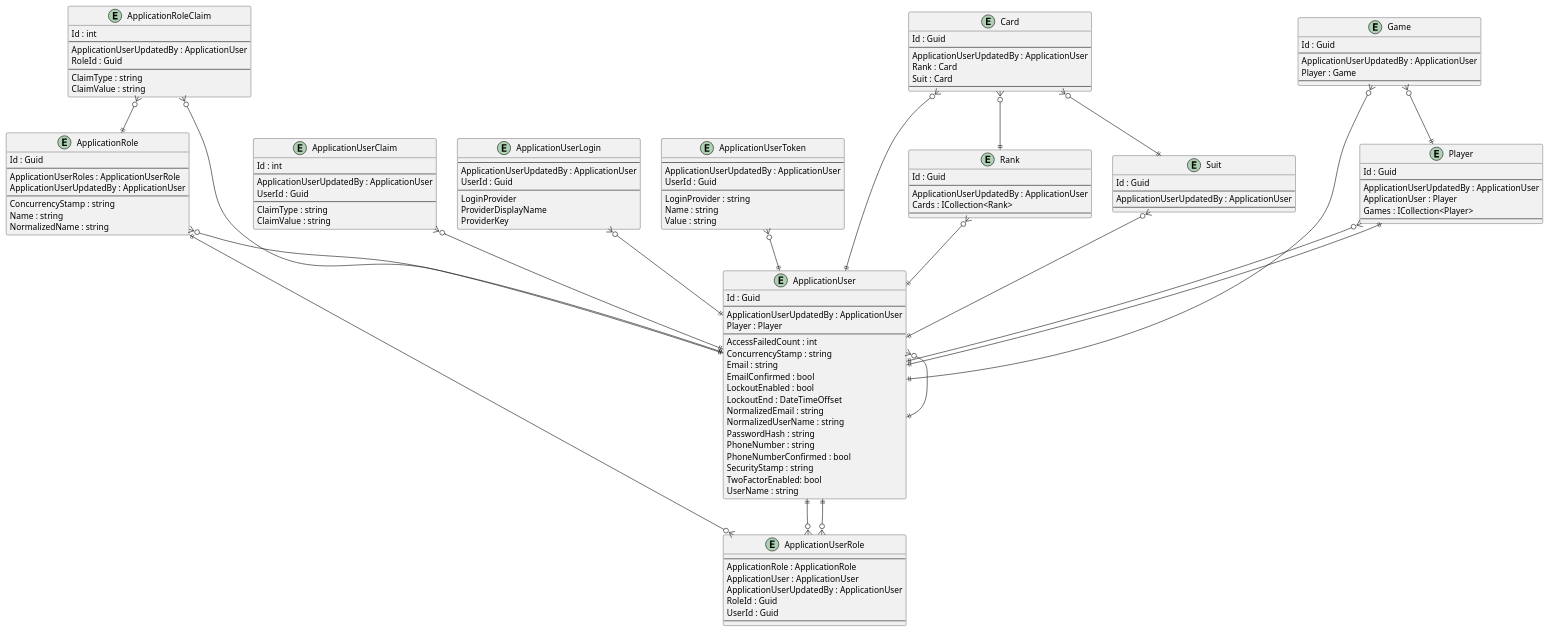
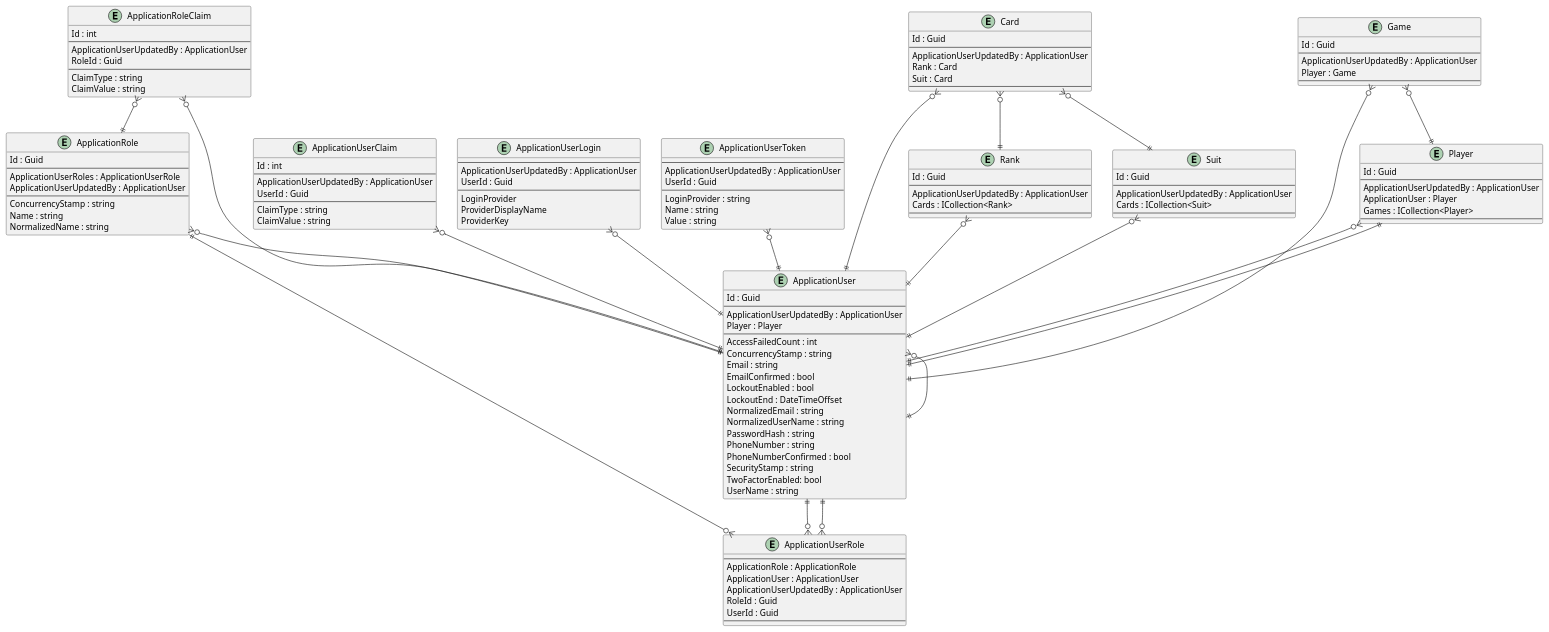
One commit to intrepion/intrepion_klondike-solitaire_csharp changed the diagram in .docs/Intrepion.KlondikeSolitaire.pu. Above: the diagram before and after it, drawn with PlantUML.

Commit message:
gawk -i inplace "{ gsub(/' SuitKeyCodePlaceholder/, \"Cards : ICollection<Suit>\n\ \ \ \ ' SuitKeyCodePlaceholder\") }; { print }" .docs/Intrepion.KlondikeSolitaire.pu

```diff
--- a/.docs/Intrepion.KlondikeSolitaire.pu
+++ b/.docs/Intrepion.KlondikeSolitaire.pu
@@ -1,162 +1,163 @@
 @startuml
 
 entity ApplicationRole {
     Id : Guid
     --
     ApplicationUserRoles : ApplicationUserRole
     ApplicationUserUpdatedBy : ApplicationUser
     --
     ConcurrencyStamp : string
     Name : string
     NormalizedName : string
 }
 
 entity ApplicationRoleClaim {
     Id : int
     --
     ApplicationUserUpdatedBy : ApplicationUser
     RoleId : Guid
     --
     ClaimType : string
     ClaimValue : string
 }
 
 entity ApplicationUser {
     Id : Guid
     --
     ApplicationUserUpdatedBy : ApplicationUser
     Player : Player
     ' ApplicationUserKeyCodePlaceholder
     --
     AccessFailedCount : int
     ConcurrencyStamp : string
     Email : string
     EmailConfirmed : bool
     LockoutEnabled : bool
     LockoutEnd : DateTimeOffset
     NormalizedEmail : string
     NormalizedUserName : string
     PasswordHash : string
     PhoneNumber : string
     PhoneNumberConfirmed : bool
     SecurityStamp : string
     TwoFactorEnabled: bool
     UserName : string
 }
 
 entity ApplicationUserClaim {
     Id : int
     --
     ApplicationUserUpdatedBy : ApplicationUser
     UserId : Guid
     --
     ClaimType : string
     ClaimValue : string
 }
 
 entity ApplicationUserLogin {
     --
     ApplicationUserUpdatedBy : ApplicationUser
     UserId : Guid
     --
     LoginProvider
     ProviderDisplayName
     ProviderKey
 }
 
 entity ApplicationUserRole {
     --
     ApplicationRole : ApplicationRole
     ApplicationUser : ApplicationUser
     ApplicationUserUpdatedBy : ApplicationUser
     RoleId : Guid
     UserId : Guid
     --
 }
 
 entity ApplicationUserToken {
     --
     ApplicationUserUpdatedBy : ApplicationUser
     UserId : Guid
     --
     LoginProvider : string
     Name : string
     Value : string
 }
 
 entity Card {
     Id : Guid
     --
     ApplicationUserUpdatedBy : ApplicationUser
     Rank : Card
     Suit : Card
     ' CardKeyCodePlaceholder
     --
     ' CardPropertyCodePlaceholder
 }
 
 entity Game {
     Id : Guid
     --
     ApplicationUserUpdatedBy : ApplicationUser
     Player : Game
     ' GameKeyCodePlaceholder
     --
     ' GamePropertyCodePlaceholder
 }
 
 entity Player {
     Id : Guid
     --
     ApplicationUserUpdatedBy : ApplicationUser
     ApplicationUser : Player
     Games : ICollection<Player>
     ' PlayerKeyCodePlaceholder
     --
     ' PlayerPropertyCodePlaceholder
 }
 
 entity Rank {
     Id : Guid
     --
     ApplicationUserUpdatedBy : ApplicationUser
     Cards : ICollection<Rank>
     ' RankKeyCodePlaceholder
     --
     ' RankPropertyCodePlaceholder
 }
 
 entity Suit {
     Id : Guid
     --
     ApplicationUserUpdatedBy : ApplicationUser
+    Cards : ICollection<Suit>
     ' SuitKeyCodePlaceholder
     --
     ' SuitPropertyCodePlaceholder
 }
 
 ' EntityCodePlaceholder
 
 ApplicationRole ||--o{ ApplicationUserRole
 ApplicationRole }o--|| ApplicationUser
 ApplicationRoleClaim }o--|| ApplicationRole
 ApplicationRoleClaim }o--|| ApplicationUser
 ApplicationUser }o--|| ApplicationUser
 ApplicationUser ||--o{ ApplicationUserRole
 ApplicationUserClaim }o--|| ApplicationUser
 ApplicationUserLogin }o--|| ApplicationUser
 ApplicationUserRole }o--|| ApplicationUser
 ApplicationUserToken }o--|| ApplicationUser
 
 Card }o--|| ApplicationUser
 Card }o--|| Rank
 Card }o--|| Suit
 Game }o--|| ApplicationUser
 Game }o--|| Player
 Player }o--|| ApplicationUser
 Player ||--|| ApplicationUser
 Rank }o--|| ApplicationUser
 Suit }o--|| ApplicationUser
 ' RelationshipCodePlaceholder
 
 @enduml
```
